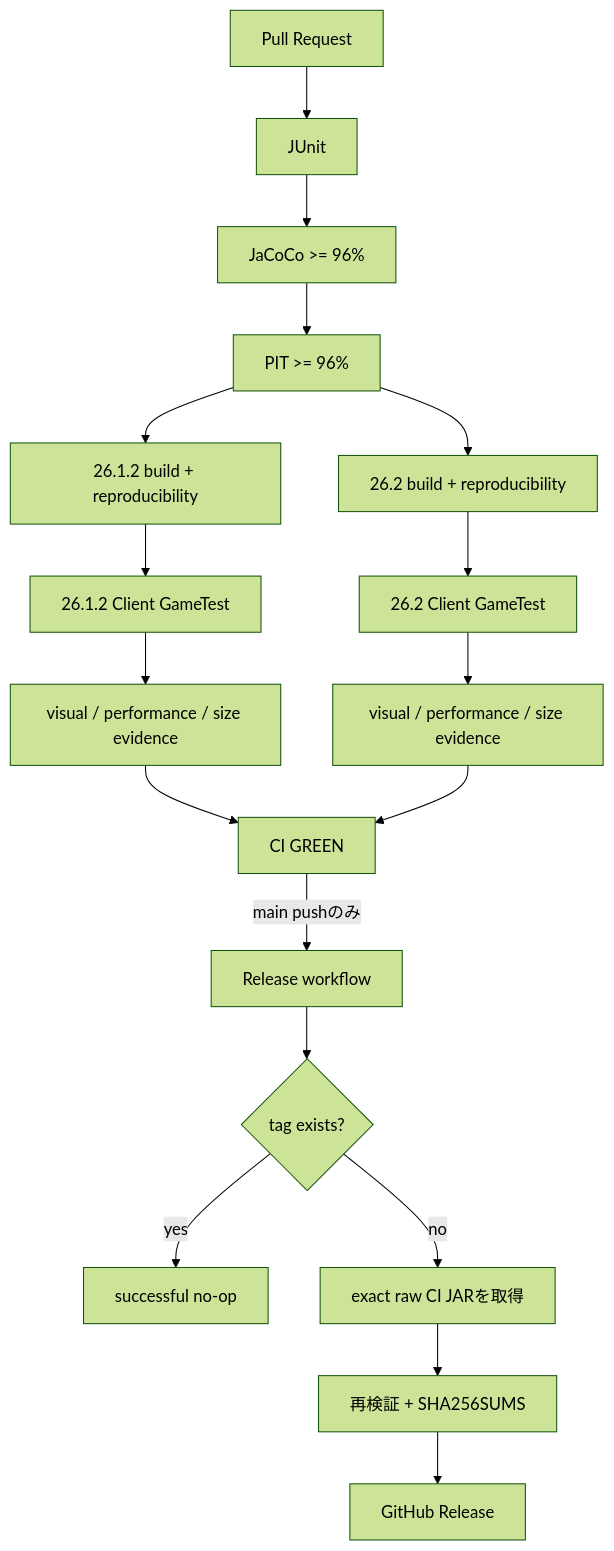
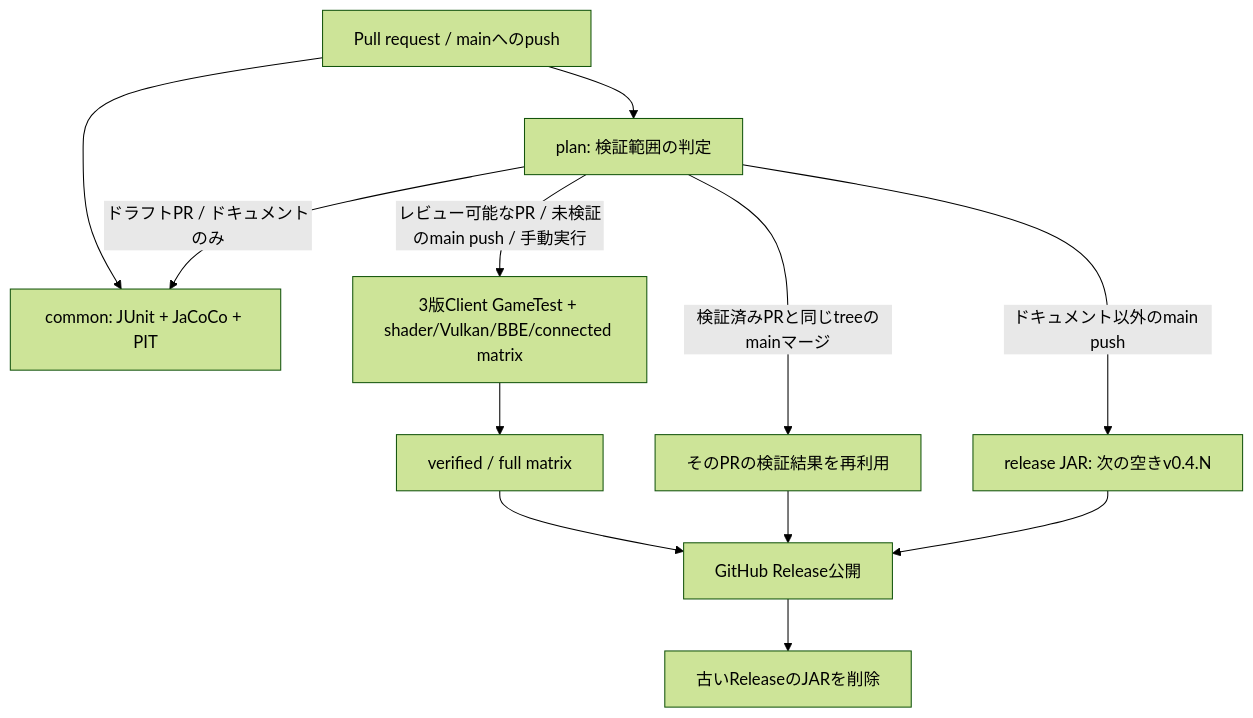
One commit to bosatsu25/BlockLens changed the fifth of 6 diagrams in README_ja.md. Above: the diagram before and after it, drawn with Mermaid (forest theme). The commit also changed other lines of this file and 9 other files, not shown here.

First line of the commit message:
Release every verified main merge and stop repeating the client matrix

````diff
--- a/README_ja.md
+++ b/README_ja.md
@@ -307,20 +307,14 @@
 ```mermaid
 flowchart TD
-    PR[Pull Request] --> U[JUnit]
-    U --> J[JaCoCo >= 96%]
-    J --> P[PIT >= 96%]
-    P --> B1[26.1.2 build + reproducibility]
-    P --> B2[26.2 build + reproducibility]
-    B1 --> G1[26.1.2 Client GameTest]
-    B2 --> G2[26.2 Client GameTest]
-    G1 --> A1[visual / performance / size evidence]
-    G2 --> A2[visual / performance / size evidence]
-    A1 --> GREEN[CI GREEN]
-    A2 --> GREEN
-    GREEN -->|main pushのみ| REL[Release workflow]
-    REL --> VER{tag exists?}
-    VER -- yes --> STOP[successful no-op]
-    VER -- no --> RAW[exact raw CI JARを取得]
-    RAW --> SHA[再検証 + SHA256SUMS]
-    SHA --> PUB[GitHub Release]
+    EV[Pull request / mainへのpush] --> PLAN[plan: 検証範囲の判定]
+    EV --> Q[common: JUnit + JaCoCo + PIT]
+    PLAN -->|ドラフトPR / ドキュメントのみ| Q
+    PLAN -->|レビュー可能なPR / 未検証のmain push / 手動実行| FULL[3版Client GameTest + shader/Vulkan/BBE/connected matrix]
+    FULL --> VER[verified / full matrix]
+    PLAN -->|検証済みPRと同じtreeのmainマージ| REUSE[そのPRの検証結果を再利用]
+    PLAN -->|ドキュメント以外のmain push| RB[release JAR: 次の空きv0.4.N]
+    VER --> REL[GitHub Release公開]
+    REUSE --> REL
+    RB --> REL
+    REL --> CLEAN[古いReleaseのJARを削除]
 ```
````
